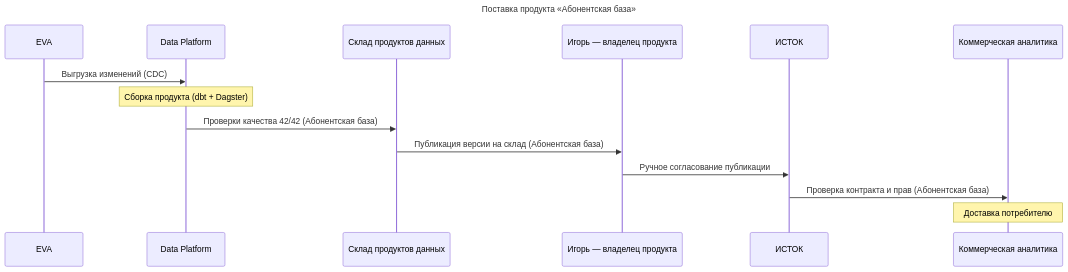
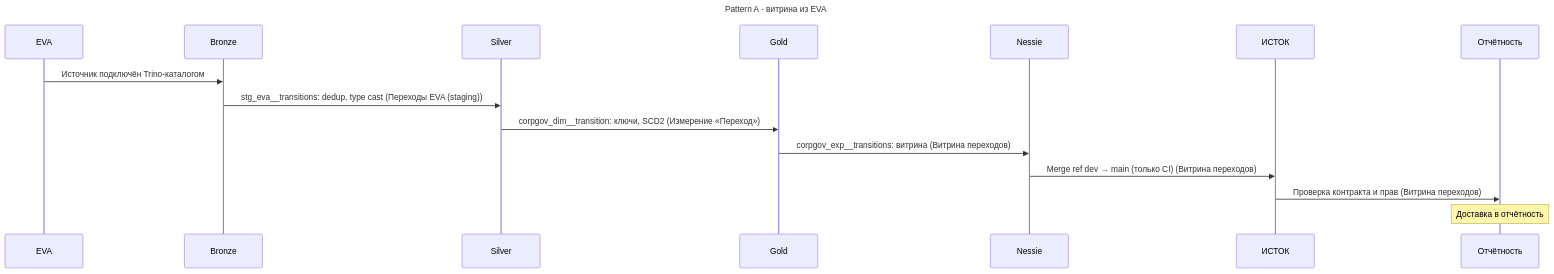
Before and after one commit to em-art/Data-City: the second of 4 diagrams in docs/model.md, drawn with Mermaid. The commit also changed other lines of this file and 32 other files, not shown here.

First line of the commit message:
Model the real Data Platform: Medallion layers, load patterns, three flows

````diff
--- a/docs/model.md
+++ b/docs/model.md
@@ -44,17 +81,18 @@
 ```mermaid
 sequenceDiagram
-  title Поставка продукта «Абонентская база»
+  title Pattern A · витрина из EVA
   participant sys_eva as EVA
-  participant sys_data_platform as Data Platform
-  participant sys_product_warehouse as Склад продуктов данных
-  participant emp_product_owner as Игорь — владелец продукта
+  participant layer_bronze as Bronze
+  participant layer_silver as Silver
+  participant layer_gold as Gold
+  participant sys_nessie as Nessie
   participant sys_istok as ИСТОК
-  participant sys_bi as Коммерческая аналитика
-  sys_eva->>sys_data_platform: Выгрузка изменений (CDC)
-  Note over sys_data_platform: Сборка продукта (dbt + Dagster)
-  sys_data_platform->>sys_product_warehouse: Проверки качества 42/42 (Абонентская база)
-  sys_product_warehouse->>emp_product_owner: Публикация версии на склад (Абонентская база)
-  emp_product_owner->>sys_istok: Ручное согласование публикации
-  sys_istok->>sys_bi: Проверка контракта и прав (Абонентская база)
-  Note over sys_bi: Доставка потребителю
+  participant sys_bi as Отчётность
+  sys_eva->>layer_bronze: Источник подключён Trino-каталогом
+  layer_bronze->>layer_silver: stg_eva__transitions: dedup, type cast (Переходы EVA (staging))
+  layer_silver->>layer_gold: corpgov_dim__transition: ключи, SCD2 (Измерение «Переход»)
+  layer_gold->>sys_nessie: corpgov_exp__transitions: витрина (Витрина переходов)
+  sys_nessie->>sys_istok: Merge ref dev → main (только CI) (Витрина переходов)
+  sys_istok->>sys_bi: Проверка контракта и прав (Витрина переходов)
+  Note over sys_bi: Доставка в отчётность
 ```
````
